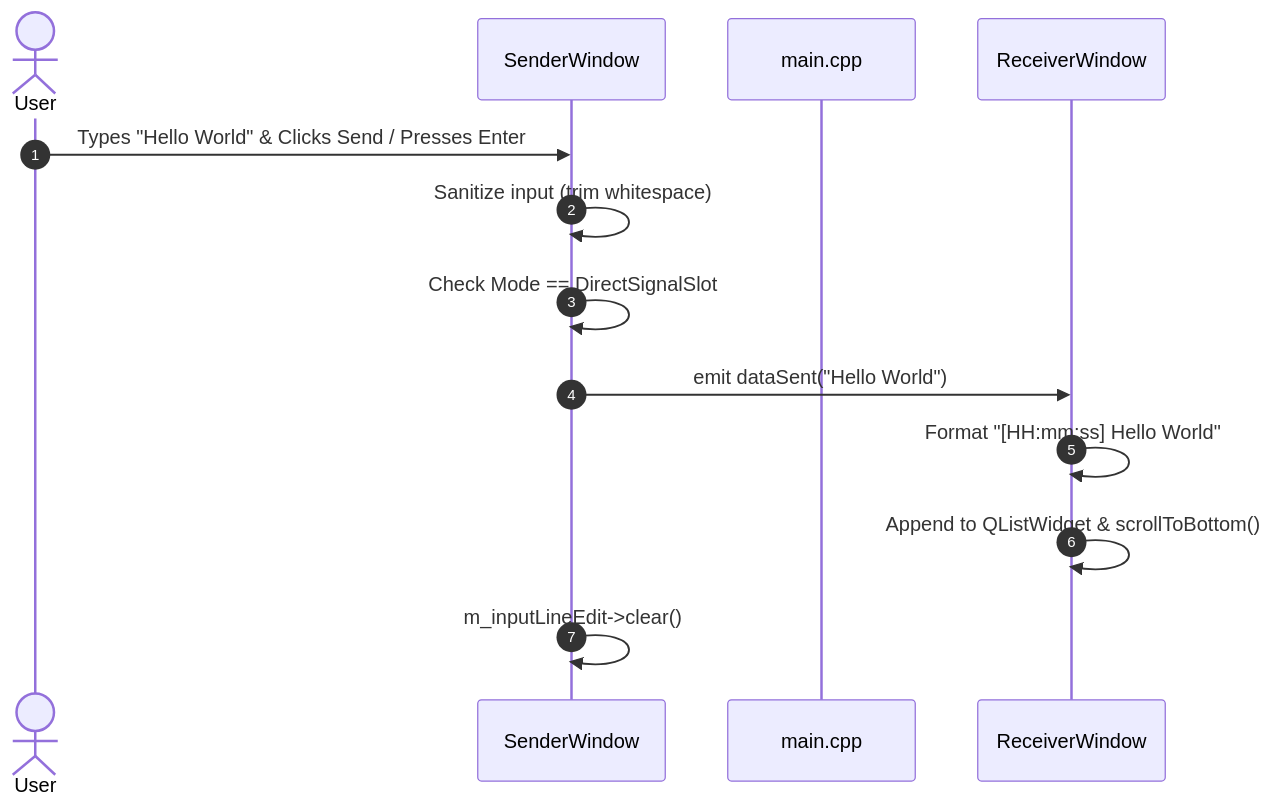
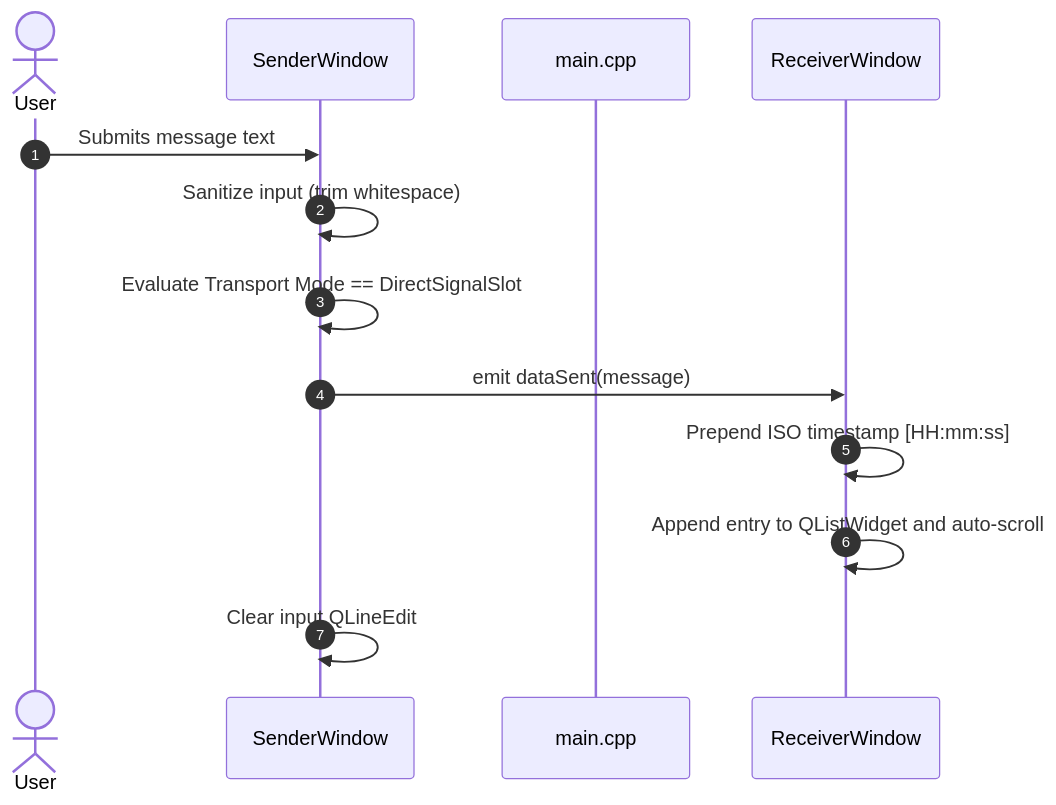
Before and after one commit to ramanujaganesh26/SignalBridge: the second of 3 diagrams in README.md, drawn with Mermaid. The commit also changed other lines of this file, not shown here.

````diff
--- a/README.md
+++ b/README.md
@@ -167,16 +86,16 @@
 ```mermaid
 sequenceDiagram
     autonumber
     actor User
     participant Sender as SenderWindow
     participant Main as main.cpp
     participant Receiver as ReceiverWindow
 
-    User->>Sender: Types "Hello World" & Clicks Send / Presses Enter
+    User->>Sender: Submits message text
     Sender->>Sender: Sanitize input (trim whitespace)
-    Sender->>Sender: Check Mode == DirectSignalSlot
-    Sender->>Receiver: emit dataSent("Hello World")
-    Receiver->>Receiver: Format "[HH:mm:ss] Hello World"
-    Receiver->>Receiver: Append to QListWidget & scrollToBottom()
-    Sender->>Sender: m_inputLineEdit->clear()
+    Sender->>Sender: Evaluate Transport Mode == DirectSignalSlot
+    Sender->>Receiver: emit dataSent(message)
+    Receiver->>Receiver: Prepend ISO timestamp [HH:mm:ss]
+    Receiver->>Receiver: Append entry to QListWidget and auto-scroll
+    Sender->>Sender: Clear input QLineEdit
 ```
````
